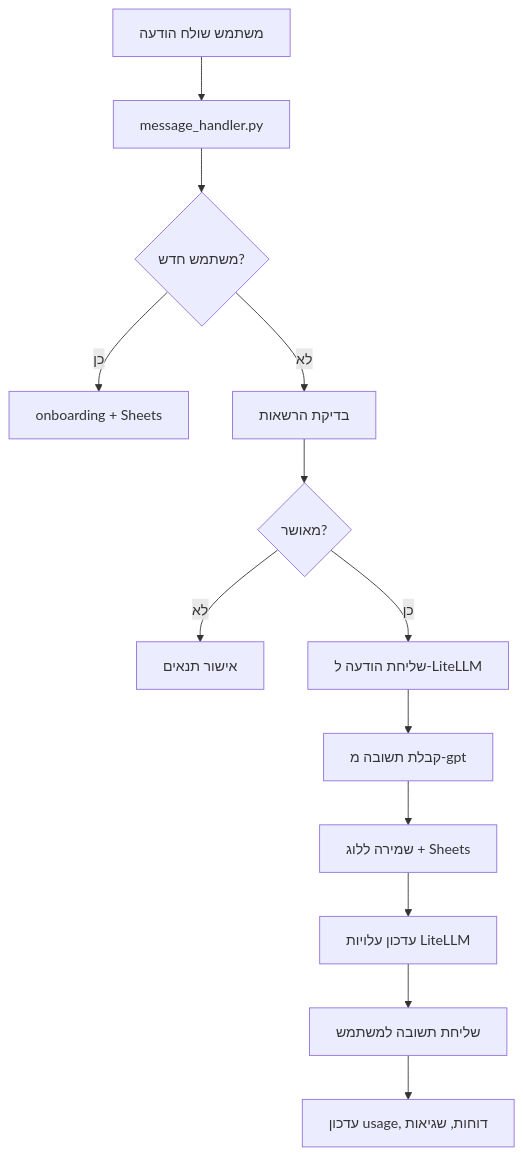
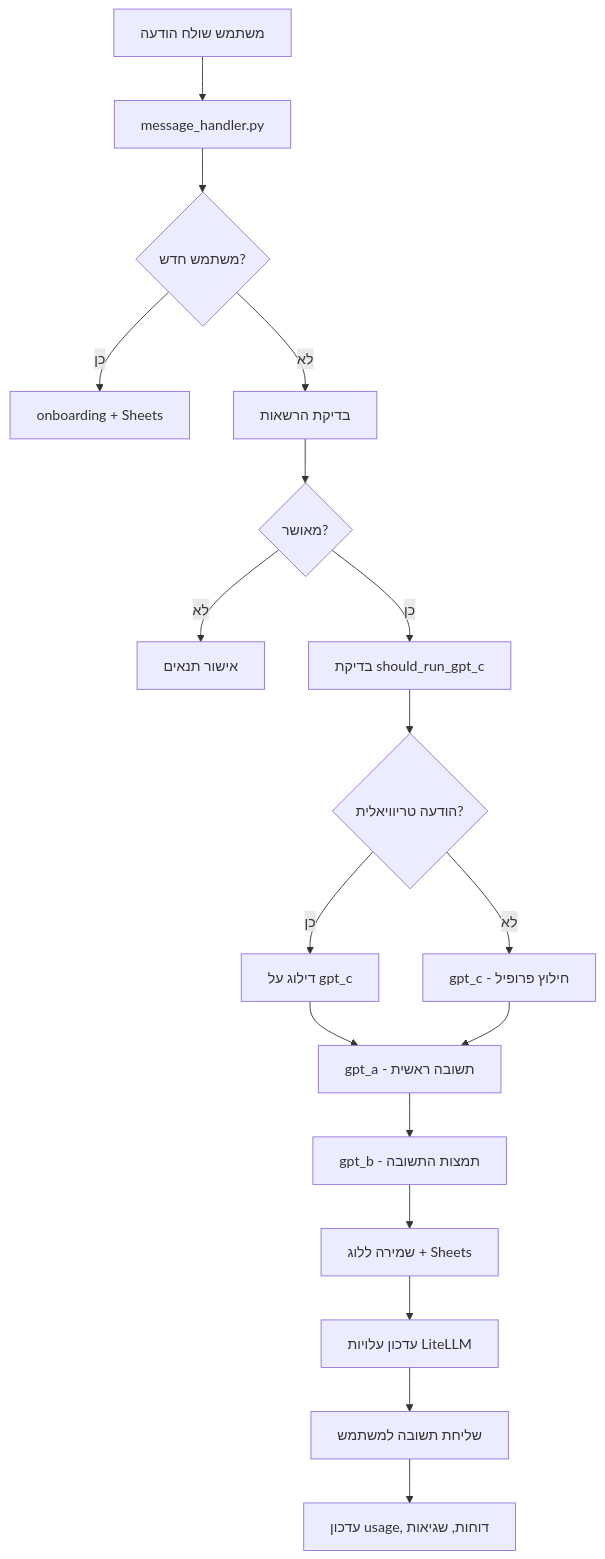
Before and after one commit to omer-studio/telegram-bot: the diagram in README.md, drawn with Mermaid. The commit also changed other lines of this file and 2 other files, not shown here.

Commit message:
עדכון פרומט של gpt_c

````diff
--- a/README.md
+++ b/README.md
@@ -167,15 +184,20 @@
 ```mermaid
 graph TD
     A[משתמש שולח הודעה] --> B[message_handler.py]
     B --> C{משתמש חדש?}
     C -- כן --> D[onboarding + Sheets]
     C -- לא --> E[בדיקת הרשאות]
     E --> F{מאושר?}
     F -- לא --> G[אישור תנאים]
-    F -- כן --> H[שליחת הודעה ל-LiteLLM]
-    H --> I[קבלת תשובה מ-gpt]
-    I --> J[שמירה ללוג + Sheets]
-    J --> K[עדכון עלויות LiteLLM]
-    K --> L[שליחת תשובה למשתמש]
-    L --> M[עדכון usage, דוחות, שגיאות]
+    F -- כן --> H[בדיקת should_run_gpt_c]
+    H --> I{הודעה טריוויאלית?}
+    I -- כן --> J[דילוג על gpt_c]
+    I -- לא --> K[gpt_c - חילוץ פרופיל]
+    J --> L[gpt_a - תשובה ראשית]
+    K --> L
+    L --> M[gpt_b - תמצות התשובה]
+    M --> N[שמירה ללוג + Sheets]
+    N --> O[עדכון עלויות LiteLLM]
+    O --> P[שליחת תשובה למשתמש]
+    P --> Q[עדכון usage, דוחות, שגיאות]
 ```
````
